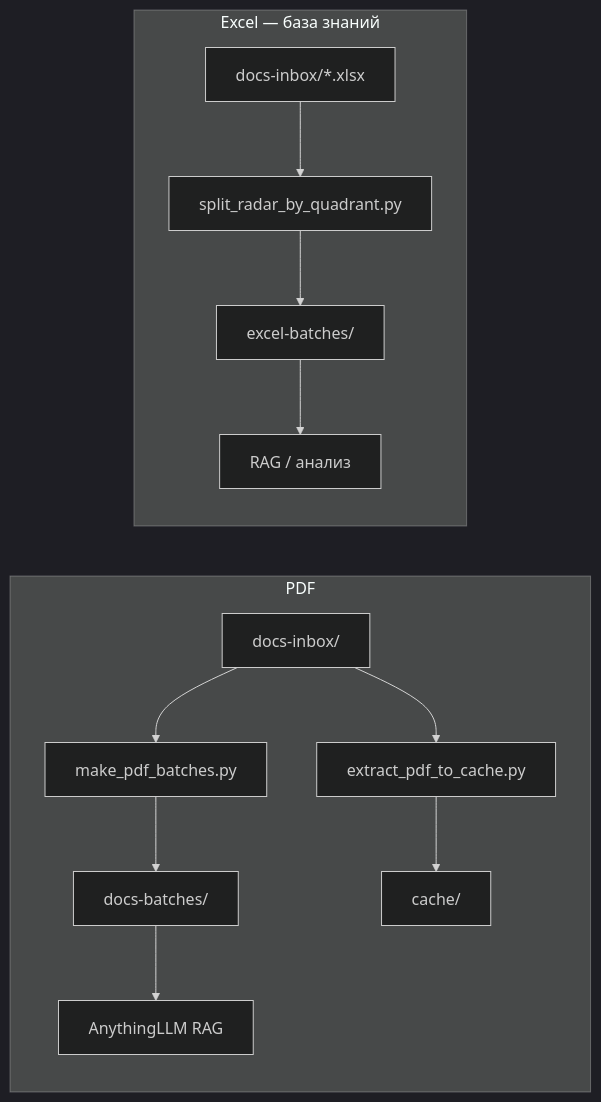
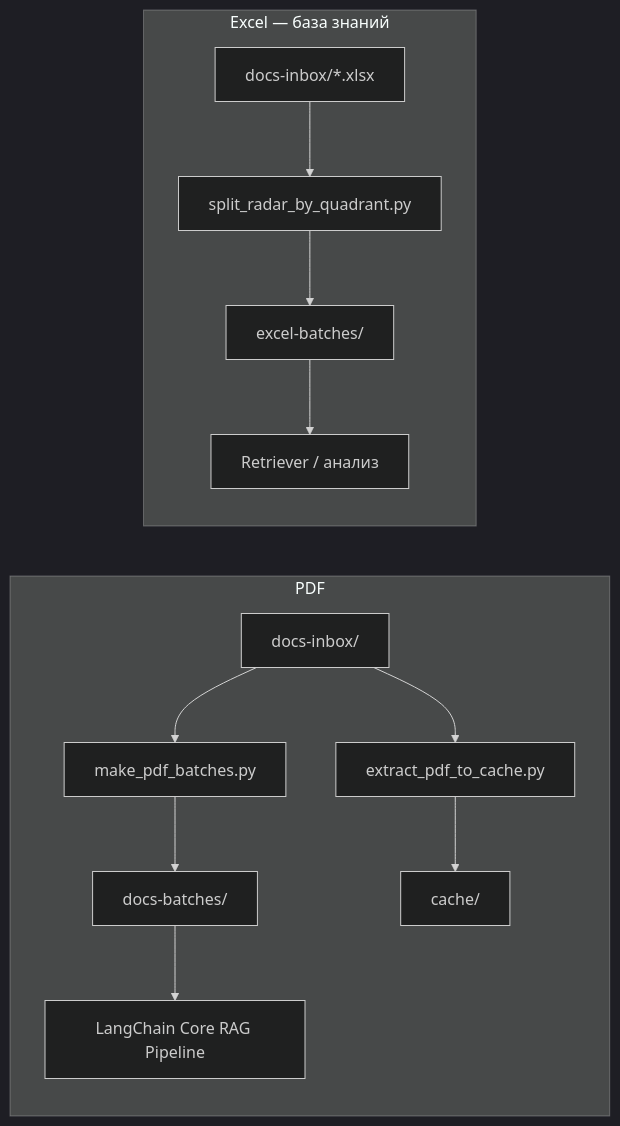
Before and after one commit to Boldurev16/TR-Agent: the second of 2 diagrams in README.md, drawn with Mermaid (dark theme). The commit also changed other lines of this file and 1 other file, not shown here.

Commit message:
Replace AnythingLLM with LangChain Core components and remove port references (PRD v1.0.3).

````diff
--- a/README.md
+++ b/README.md
@@ -63,16 +63,16 @@
 ```mermaid
 flowchart LR
     subgraph PDF["PDF"]
         P1["docs-inbox/"] --> P2["make_pdf_batches.py"]
         P2 --> P3["docs-batches/"]
-        P3 --> P4["AnythingLLM RAG"]
+        P3 --> P4["LangChain Core RAG Pipeline"]
         P1 --> P5["extract_pdf_to_cache.py"]
         P5 --> P6["cache/"]
     end
 
     subgraph Excel["Excel — база знаний"]
         E1["docs-inbox/*.xlsx"] --> E2["split_radar_by_quadrant.py"]
         E2 --> E3["excel-batches/"]
-        E3 --> E4["RAG / анализ"]
+        E3 --> E4["Retriever / анализ"]
     end
 ```
````
